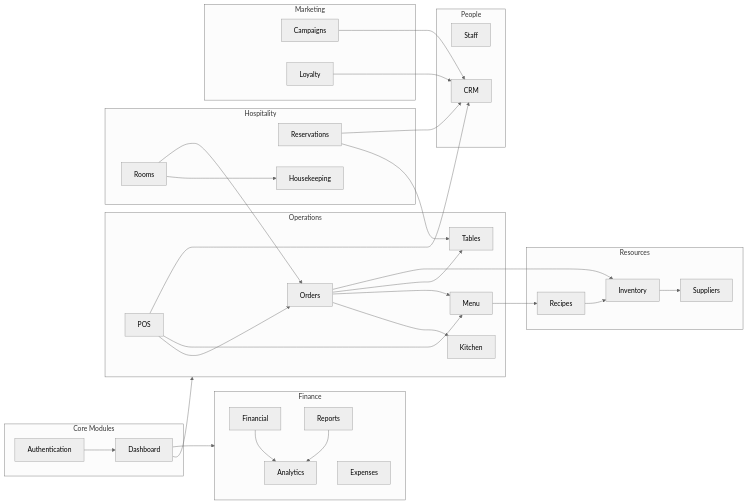
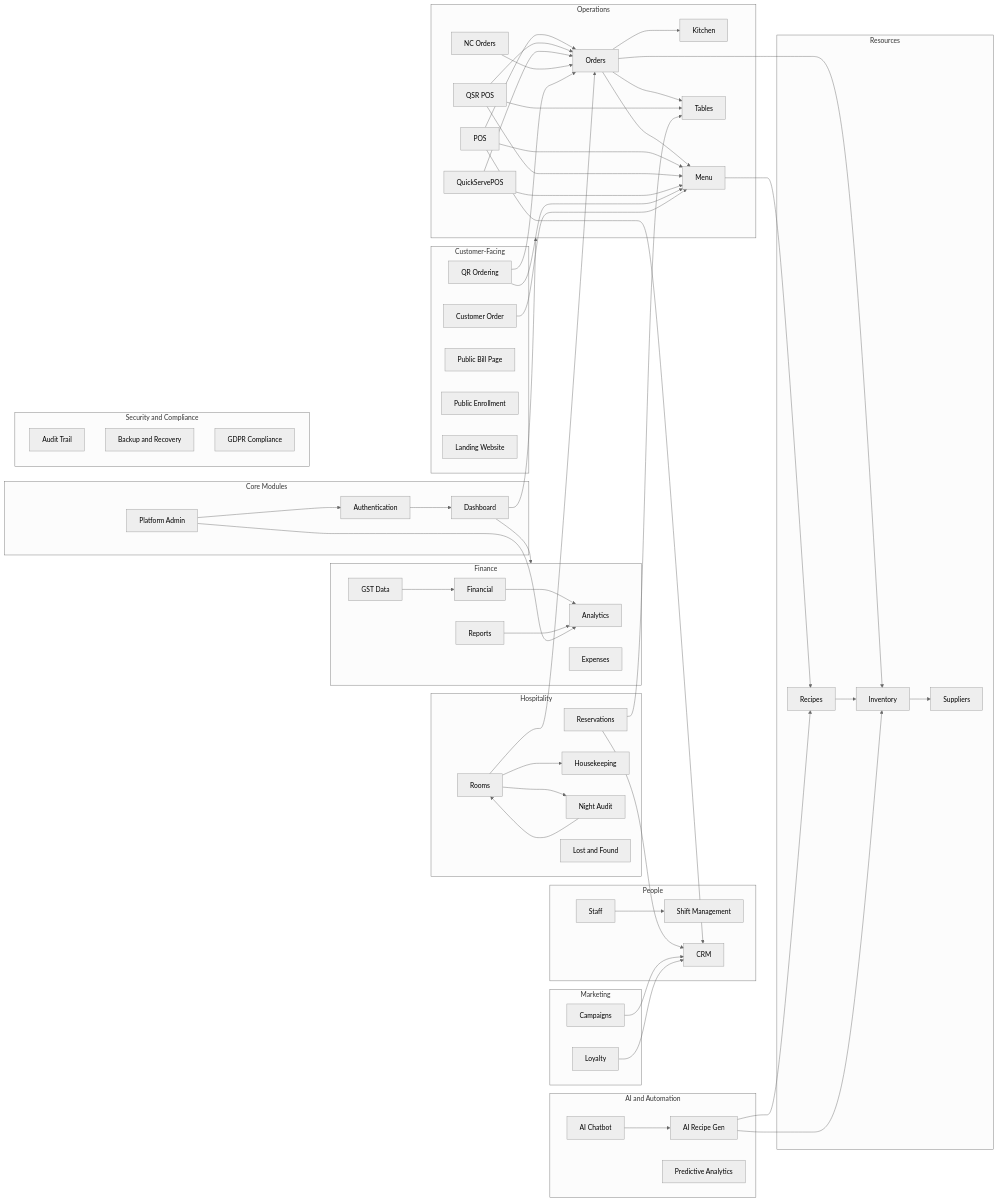
Before and after one commit to sudipjangam/tasty-bite-harbor: the third of 26 diagrams in docs/ARCHITECTURE_DEV.md, drawn with Mermaid (neutral theme). The commit also changed other lines of this file and 6 other files, not shown here.

Commit message:
feat: Add comprehensive platform user guide, architecture documentation, and an About section component, alongside dependency updates.

````diff
--- a/docs/ARCHITECTURE_DEV.md
+++ b/docs/ARCHITECTURE_DEV.md
@@ -175,14 +204,18 @@
     subgraph Core["Core Modules"]
         Auth[Authentication]
         Dashboard[Dashboard]
+        Platform[Platform Admin]
     end
     
     subgraph Operations["Operations"]
         Orders[Orders]
         POS[POS]
+        QSRPOS[QSR POS]
+        QuickServe[QuickServePOS]
         Kitchen[Kitchen]
         Menu[Menu]
         Tables[Tables]
+        NCOrders[NC Orders]
     end
     
     subgraph Resources["Resources"]
@@ -195,10 +228,13 @@
         Reservations[Reservations]
         Rooms[Rooms]
         Housekeeping[Housekeeping]
+        NightAudit[Night Audit]
+        LostFound["Lost and Found"]
     end
     
     subgraph People["People"]
         Staff[Staff]
+        Shifts[Shift Management]
         Customers[CRM]
     end
     
@@ -207,11 +243,32 @@
         Financial[Financial]
         Reports[Reports]
         Expenses[Expenses]
+        GST[GST Data]
     end
     
     subgraph Marketing["Marketing"]
         Campaigns[Campaigns]
         Loyalty[Loyalty]
+    end
+    
+    subgraph CustomerFacing["Customer-Facing"]
+        QROrdering[QR Ordering]
+        CustomerOrder[Customer Order]
+        PublicBill[Public Bill Page]
+        PublicEnroll[Public Enrollment]
+        LandingWeb[Landing Website]
+    end
+    
+    subgraph Intelligence["AI and Automation"]
+        Chatbot[AI Chatbot]
+        AIAssist[AI Recipe Gen]
+        Predictive[Predictive Analytics]
+    end
+    
+    subgraph SecurityMod["Security and Compliance"]
+        AuditTrail[Audit Trail]
+        Backup["Backup and Recovery"]
+        GDPR[GDPR Compliance]
     end
     
     Auth --> Dashboard
@@ -227,6 +284,15 @@
     POS --> Menu
     POS --> Customers
     
+    QSRPOS --> Orders
+    QSRPOS --> Menu
+    QSRPOS --> Tables
+    
+    QuickServe --> Orders
+    QuickServe --> Menu
+    
+    NCOrders --> Orders
+    
     Menu --> Recipes
     Recipes --> Inventory
     
@@ -235,12 +301,28 @@
     
     Rooms --> Housekeeping
     Rooms --> Orders
+    Rooms --> NightAudit
+    NightAudit --> Rooms
     
     Inventory --> Suppliers
     
     Financial --> Analytics
     Reports --> Analytics
+    GST --> Financial
     
     Campaigns --> Customers
     Loyalty --> Customers
+    
+    QROrdering --> Menu
+    QROrdering --> Orders
+    CustomerOrder --> Menu
+    
+    Chatbot --> AIAssist
+    AIAssist --> Recipes
+    AIAssist --> Inventory
+    
+    Staff --> Shifts
+    
+    Platform --> Auth
+    Platform --> Analytics
 ```
````
